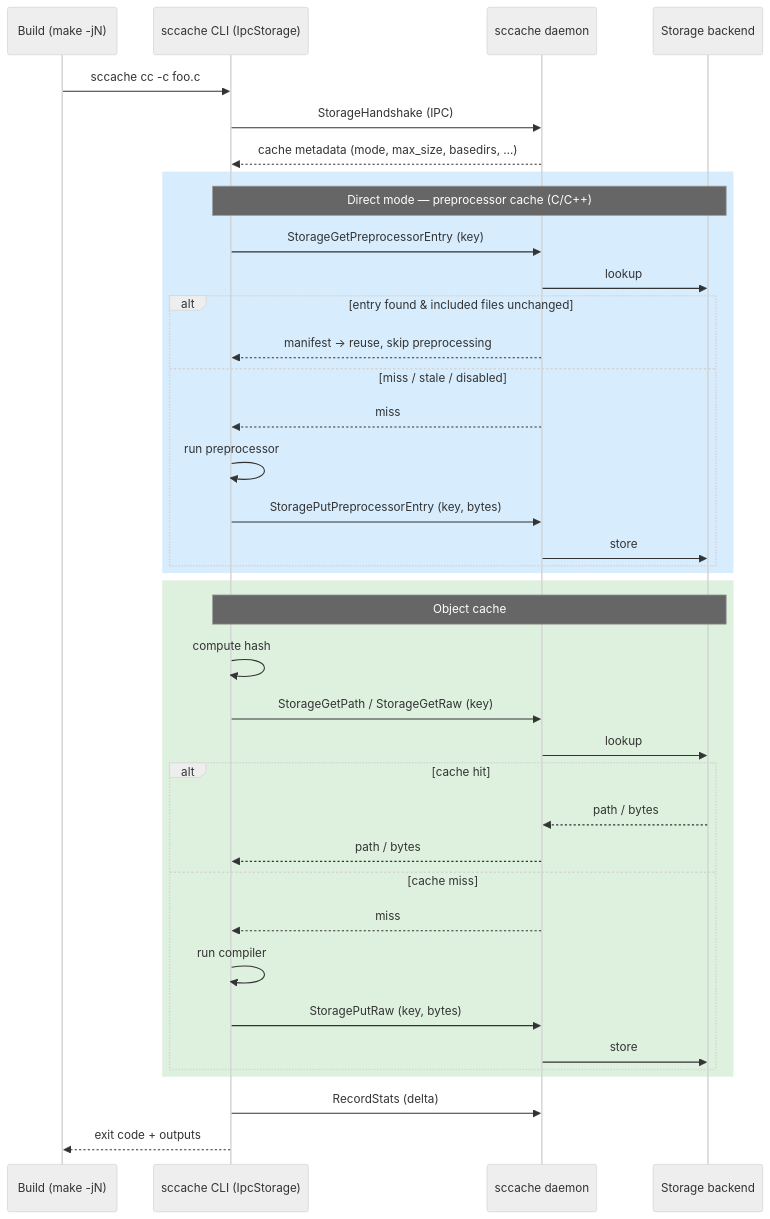
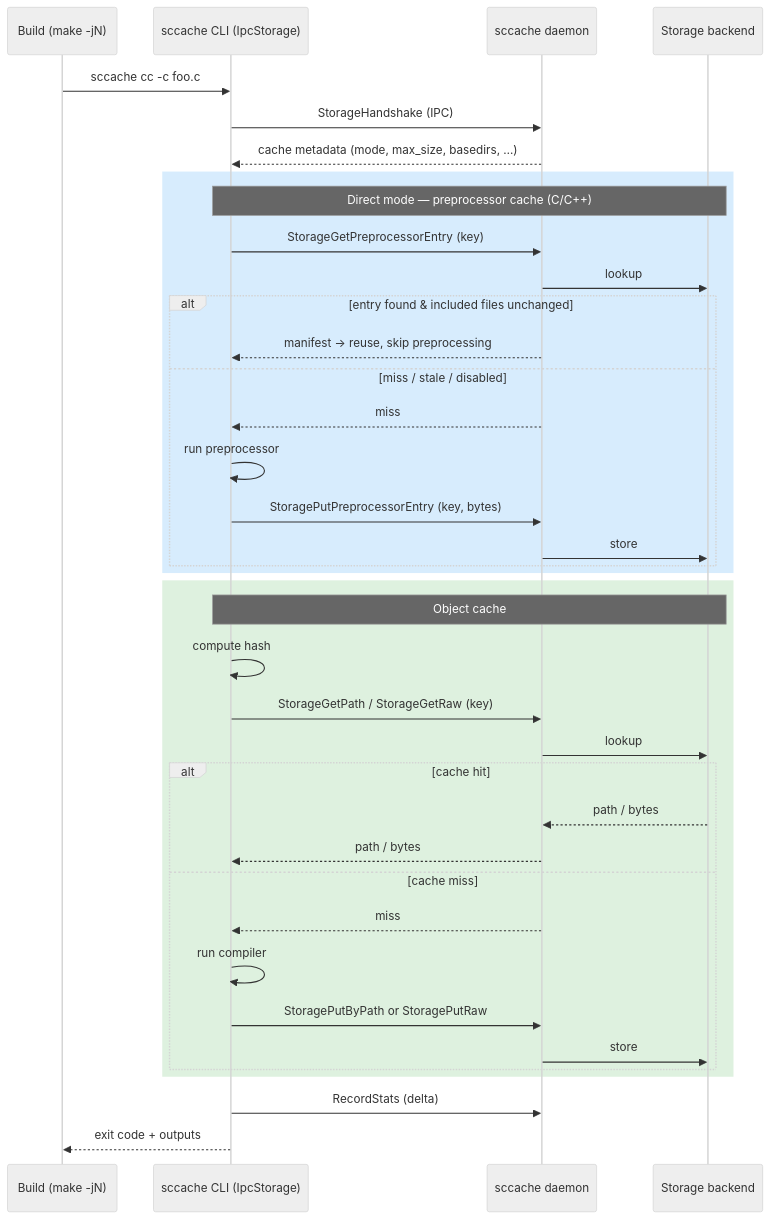
Before and after one commit to leto-labs/sccache: the third of 3 diagrams in docs/Architecture.md, drawn with Mermaid (neutral theme). The commit also changed other lines of this file and 15 other files, not shown here.

````diff
--- a/docs/Architecture.md
+++ b/docs/Architecture.md
@@ -117,40 +117,40 @@
 ```mermaid
   sequenceDiagram
       participant B as Build (make -jN)
       participant C as sccache CLI (IpcStorage)
       participant D as sccache daemon
       participant S as Storage backend
       B->>C: sccache cc -c foo.c
       C->>D: StorageHandshake (IPC)
       D-->>C: cache metadata (mode, max_size, basedirs, …)
       rect rgba(33, 150, 243, 0.18)
           note over C,S: Direct mode — preprocessor cache (C/C++)
           C->>D: StorageGetPreprocessorEntry (key)
           D->>S: lookup
           alt entry found & included files unchanged
               D-->>C: manifest → reuse, skip preprocessing
           else miss / stale / disabled
               D-->>C: miss
               C->>C: run preprocessor
               C->>D: StoragePutPreprocessorEntry (key, bytes)
               D->>S: store
           end
       end
       rect rgba(76, 175, 80, 0.18)
           note over C,S: Object cache
           C->>C: compute hash
           C->>D: StorageGetPath / StorageGetRaw (key)
           D->>S: lookup
           alt cache hit
               S-->>D: path / bytes
               D-->>C: path / bytes
           else cache miss
               D-->>C: miss
               C->>C: run compiler
-              C->>D: StoragePutRaw (key, bytes)
+              C->>D: StoragePutByPath or StoragePutRaw
               D->>S: store
           end
       end
       C->>D: RecordStats (delta)
       C-->>B: exit code + outputs
 ```
````
